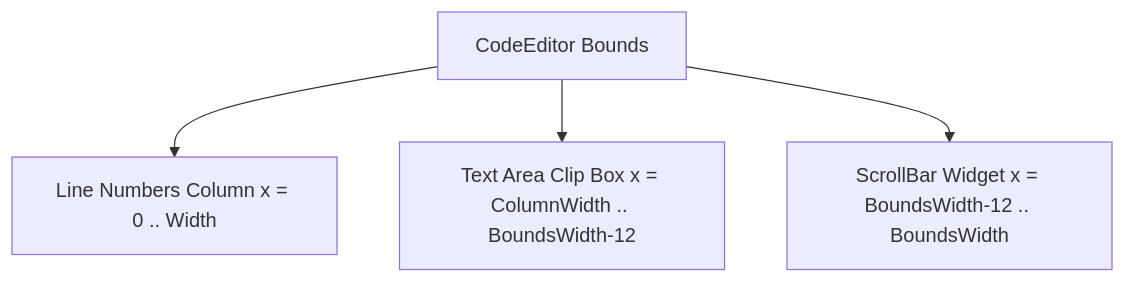
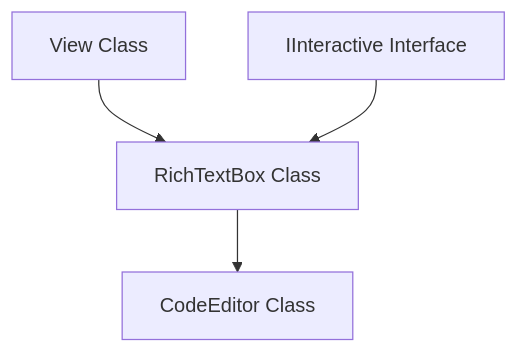
Before and after one commit to Corey255A1/ooey: the diagram in docs/15-richtext-code-editor-and-syntax-highlighting.md, drawn with Mermaid. The commit also changed other lines of this file and 7 other files, not shown here.

````diff
--- a/docs/15-richtext-code-editor-and-syntax-highlighting.md
+++ b/docs/15-richtext-code-editor-and-syntax-highlighting.md
@@ -126,6 +11,6 @@
 ```mermaid
 graph TD
-    A[CodeEditor Bounds] --> B[Line Numbers Column x = 0 .. Width]
-    A --> C[Text Area Clip Box x = ColumnWidth .. BoundsWidth-12]
-    A --> D[ScrollBar Widget x = BoundsWidth-12 .. BoundsWidth]
+    View[View Class] --> RichTextBox[RichTextBox Class]
+    IInteractive[IInteractive Interface] --> RichTextBox
+    RichTextBox --> CodeEditor[CodeEditor Class]
 ```
````
